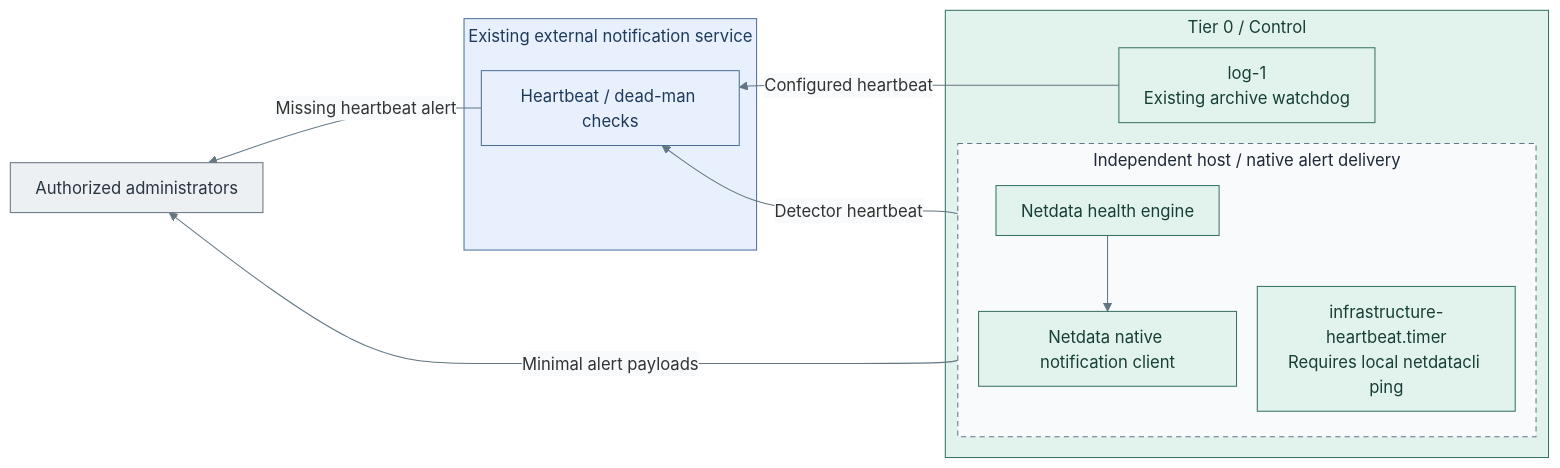
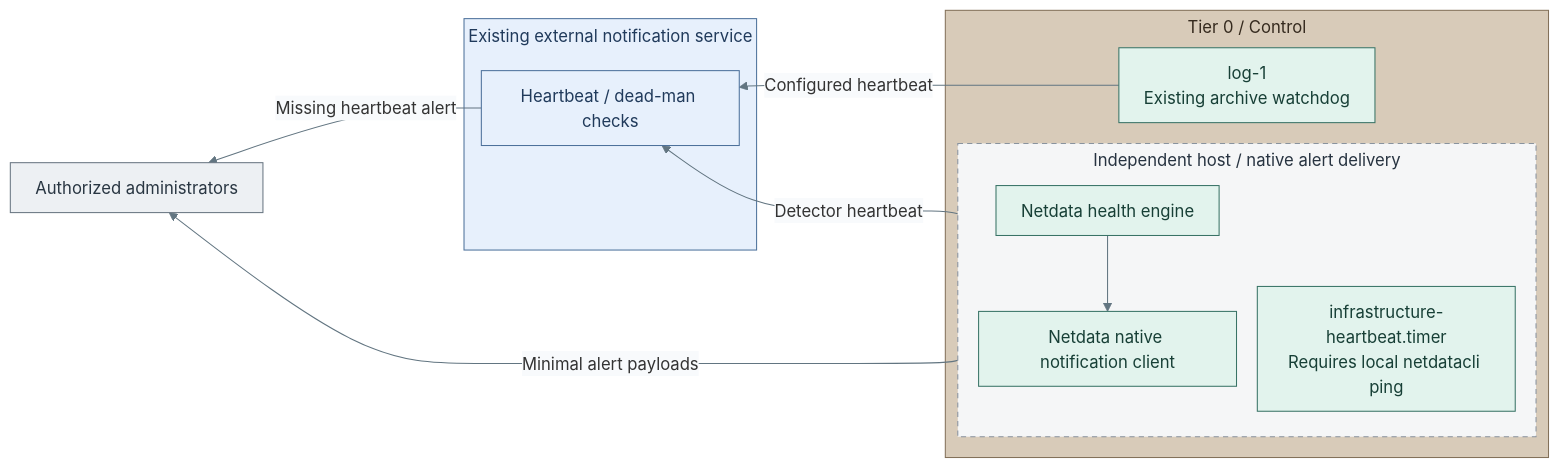
One commit to Rexus/homelab changed the third of 3 diagrams in docs/03-deployment/stage-6-secrets/procedures/independent-monitoring.md. Above: the diagram before and after it, drawn with Mermaid. The commit also changed other lines of this file and 108 other files, not shown here.

Commit message:
docs(diagrams): unify visual language and opening views

````diff
--- a/docs/03-deployment/stage-6-secrets/procedures/independent-monitoring.md
+++ b/docs/03-deployment/stage-6-secrets/procedures/independent-monitoring.md
@@ -270,29 +275,31 @@
 ```mermaid
 %%{init: {"theme":"base","flowchart":{"nodeSpacing":20,"rankSpacing":24,"padding":12,"subGraphTitleMargin":{"top":4,"bottom":12}},"themeVariables":{"lineColor":"#627581","edgeLabelBackground":"#f8fafc"}}}%%
 flowchart RL
   subgraph T0["Tier 0 / Control"]
     subgraph Project["Independent host / native alert delivery"]
       direction TB
       Rules["Netdata health engine"] --> Routing["Netdata native notification client"]
       Heartbeat["infrastructure-heartbeat.timer<br/>Requires local netdatacli ping"]
     end
     Log["log-1<br/>Existing archive watchdog"]
   end
   subgraph External["Existing external notification service"]
     Watch["Heartbeat / dead-man checks"]
   end
   Admin["Authorized administrators"]
   Watch -->|Missing heartbeat alert| Admin
   Routing -->|Minimal alert payloads| Admin
   Log -->|Configured heartbeat| Watch
   Heartbeat -->|Detector heartbeat| Watch
   classDef default fill:#f8fafc,stroke:#64748b,color:#1f2937
   classDef control fill:#e2f3ed,stroke:#397366,color:#173f36
   classDef actor fill:#edf0f3,stroke:#697682,color:#293642
   classDef services fill:#e7f0fc,stroke:#4d719b,color:#203a5b
-  classDef replicas fill:#f8fafc,stroke:#64748b,color:#1f2937,stroke-dasharray:5 4
-  class T0,Rules,Routing,Heartbeat,Log control
+  classDef replicas fill:#f5f6f7,stroke:#89939e,color:#273340,stroke-dasharray:5 4
+  class Rules,Routing,Heartbeat,Log control
   class External,Watch services
   class Admin actor
   class Project replicas
+  classDef tier0 fill:#d8cbb9,stroke:#83715a,color:#352a1e
+  class T0 tier0
 ```
````
